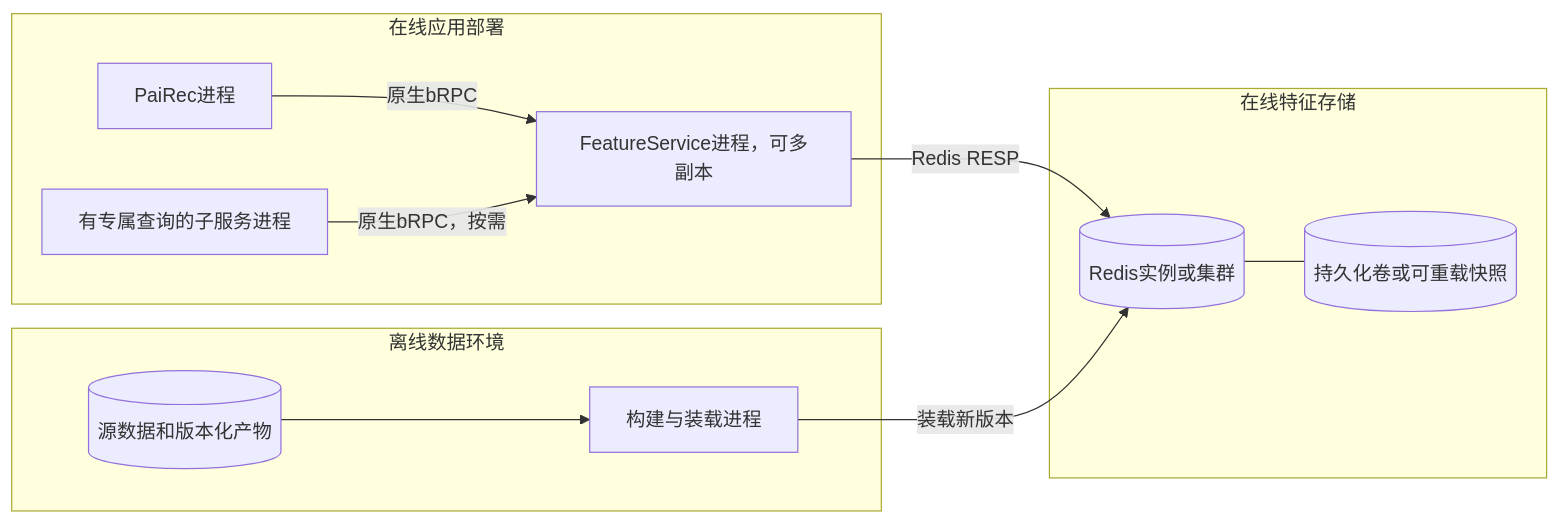
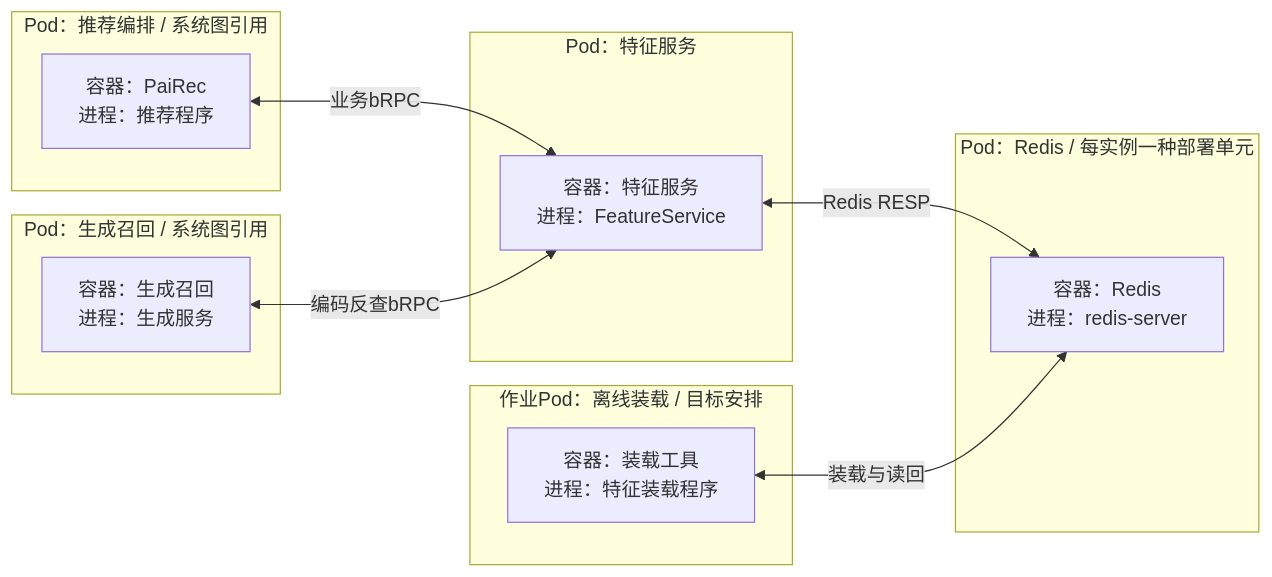
One commit to bitianyuan123/docs changed the fifth of 6 diagrams in 05_feature_data.md. Above: the diagram before and after it, drawn with Mermaid. The commit also changed other lines of this file and 141 other files, not shown here.

Commit message:
docs: audit module views and analyze PaiRec OneTrans Redis workloads

````diff
--- a/05_feature_data.md
+++ b/05_feature_data.md
@@ -284,22 +199,22 @@
 ```mermaid
 flowchart LR
-    subgraph Online[在线应用部署]
-        P[PaiRec进程]
-        C[有专属查询的子服务进程]
-        F[FeatureService进程，可多副本]
+    subgraph PPod[Pod：推荐编排 / 系统图引用]
+        P[容器：PaiRec<br/>进程：推荐程序]
     end
-    subgraph Store[在线特征存储]
-        R[(Redis实例或集群)]
-        V[(持久化卷或可重载快照)]
-        R --- V
+    subgraph GPod[Pod：生成召回 / 系统图引用]
+        G[容器：生成召回<br/>进程：生成服务]
     end
-    subgraph Offline[离线数据环境]
-        A[构建与装载进程]
-        O[(源数据和版本化产物)]
-        O --> A
+    subgraph FPod[Pod：特征服务]
+        F[容器：特征服务<br/>进程：FeatureService]
     end
-    P -->|原生bRPC| F
-    C -->|原生bRPC，按需| F
-    F -->|Redis RESP| R
-    A -->|装载新版本| R
+    subgraph RPod[Pod：Redis / 每实例一种部署单元]
+        R[容器：Redis<br/>进程：redis-server]
+    end
+    subgraph LPod[作业Pod：离线装载 / 目标安排]
+        L[容器：装载工具<br/>进程：特征装载程序]
+    end
+    P <-->|业务bRPC| F
+    G <-->|编码反查bRPC| F
+    F <-->|Redis RESP| R
+    L <-->|装载与读回| R
 ```
````
